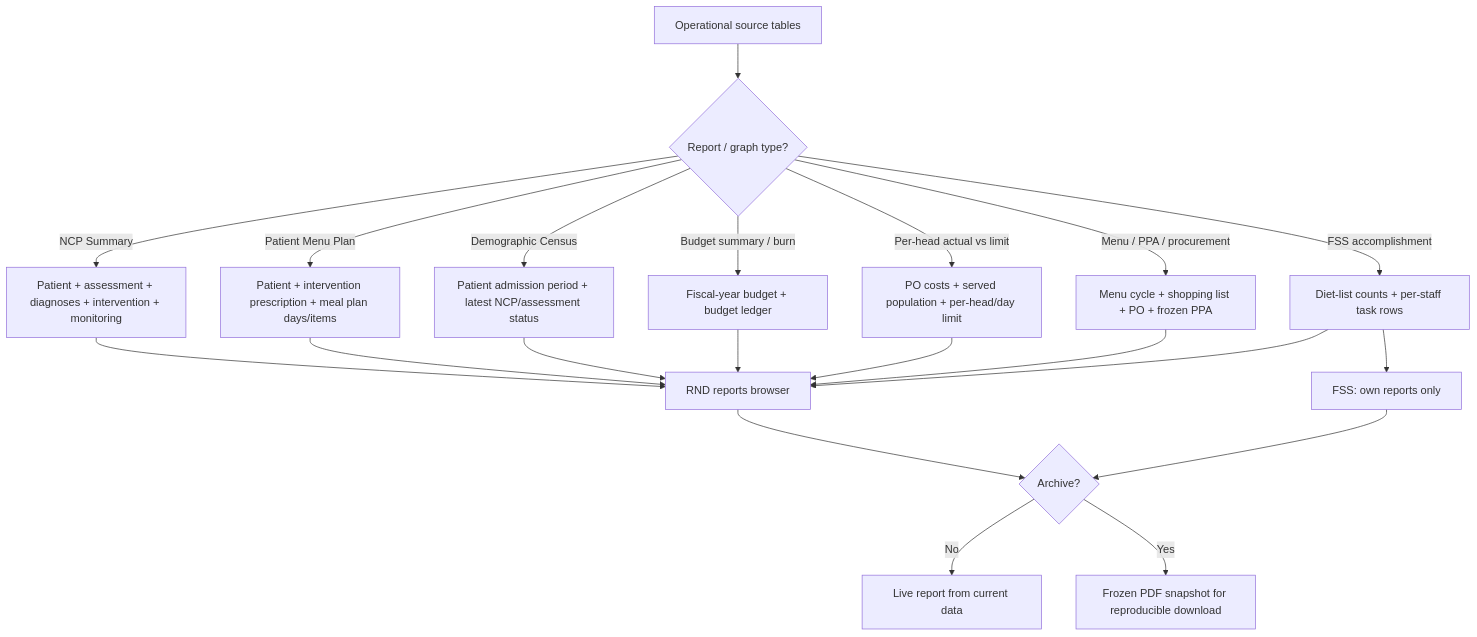
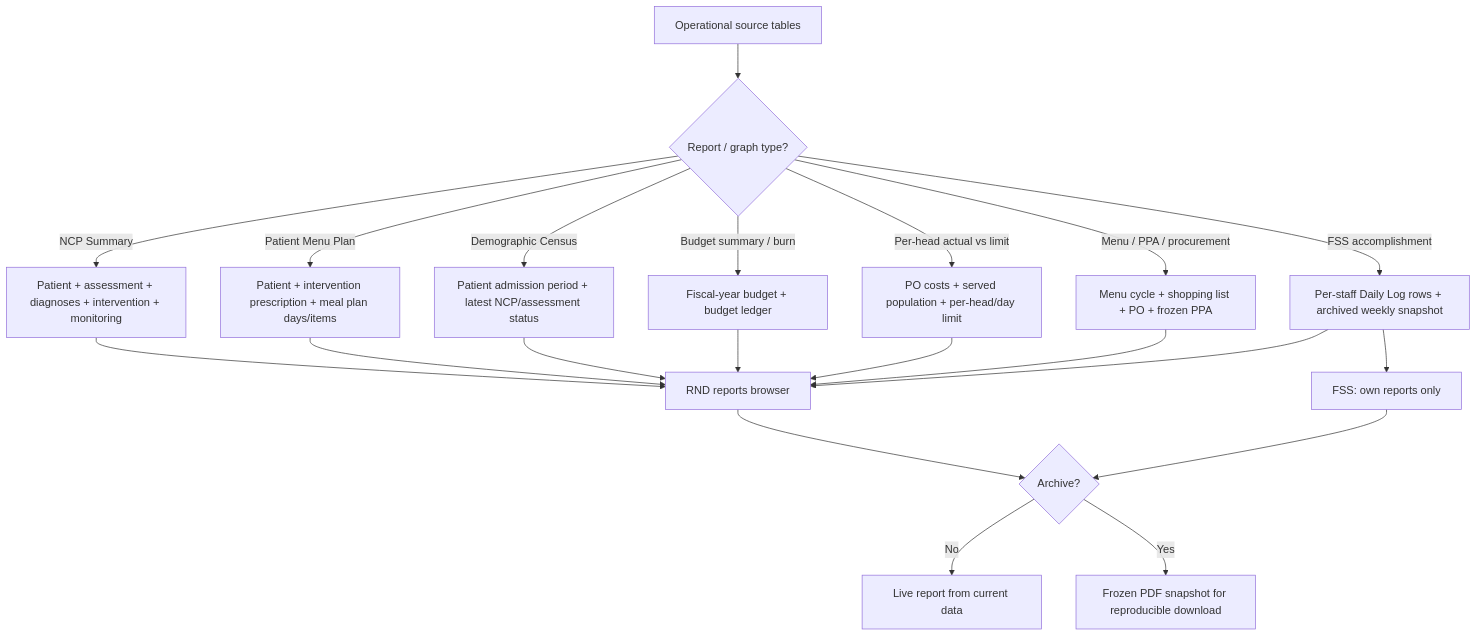
The eighth of 9 diagrams in docs/module-workflow-flowchart.md (ja2gc/Nutriscope), drawn with Mermaid before and after one commit. The commit also changed other lines of this file and 11 other files, not shown here.

````diff
--- a/docs/module-workflow-flowchart.md
+++ b/docs/module-workflow-flowchart.md
@@ -297,25 +298,25 @@
 ```mermaid
 flowchart TD
     A["Operational source tables"] --> B{"Report / graph type?"}
     B -->|"NCP Summary"| C["Patient + assessment + diagnoses + intervention + monitoring"]
     B -->|"Patient Menu Plan"| D["Patient + intervention prescription + meal plan days/items"]
     B -->|"Demographic Census"| E["Patient admission period + latest NCP/assessment status"]
     B -->|"Budget summary / burn"| F["Fiscal-year budget + budget ledger"]
     B -->|"Per-head actual vs limit"| G["PO costs + served population + per-head/day limit"]
     B -->|"Menu / PPA / procurement"| H["Menu cycle + shopping list + PO + frozen PPA"]
-    B -->|"FSS accomplishment"| I["Diet-list counts + per-staff task rows"]
+    B -->|"FSS accomplishment"| I["Per-staff Daily Log rows + archived weekly snapshot"]
 
     C --> J["RND reports browser"]
     D --> J
     E --> J
     F --> J
     G --> J
     H --> J
     I --> J
     I --> K["FSS: own reports only"]
 
     J --> L{"Archive?"}
     K --> L
     L -->|"No"| M["Live report from current data"]
     L -->|"Yes"| N["Frozen PDF snapshot for reproducible download"]
 ```
````
